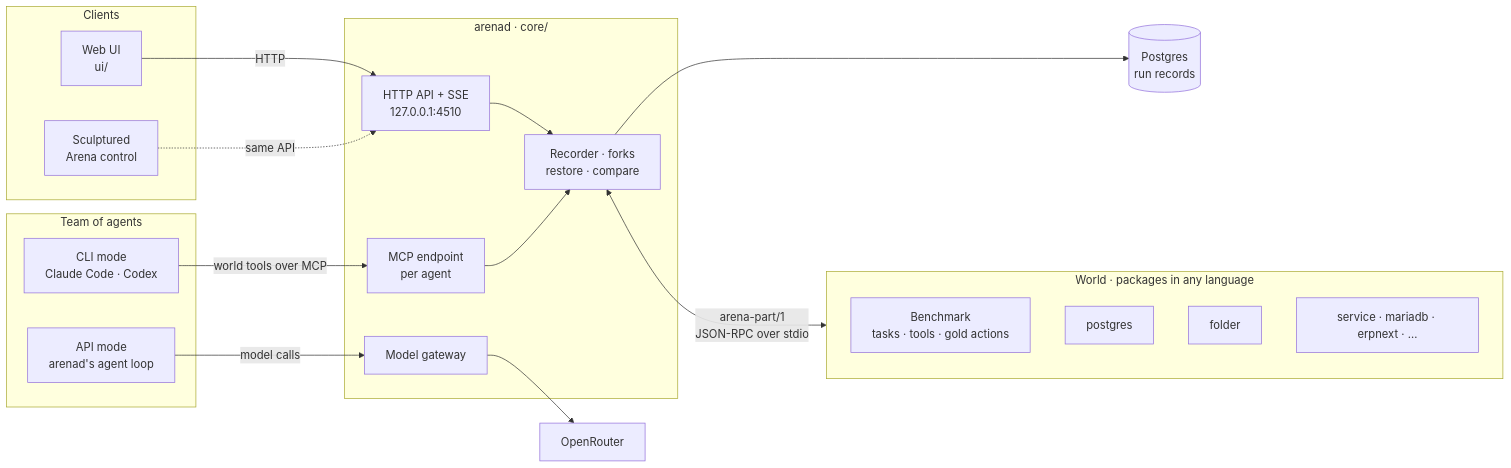
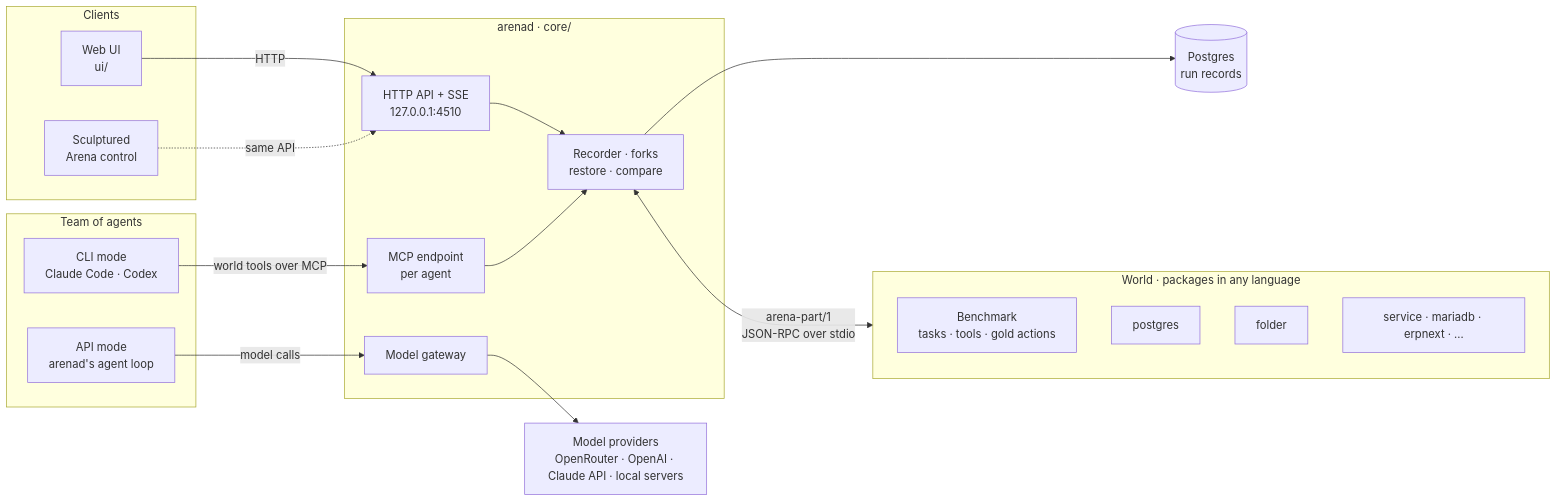
Before and after one commit to Sculptured/Arena: the diagram in README.md, drawn with Mermaid. The commit also changed other lines of this file and 22 other files, not shown here.

````diff
--- a/README.md
+++ b/README.md
@@ -77,39 +80,39 @@
 ```mermaid
 flowchart LR
   subgraph clients["Clients"]
     UI["Web UI<br/>ui/"]
     SC["Sculptured<br/>Arena control"]
   end
 
   subgraph team["Team of agents"]
     CLI["CLI mode<br/>Claude Code · Codex"]
     OPEN["API mode<br/>arenad's agent loop"]
   end
 
   subgraph engine["arenad · core/"]
     API["HTTP API + SSE<br/>127.0.0.1:4510"]
     MCP["MCP endpoint<br/>per agent"]
     GW["Model gateway"]
     ENG["Recorder · forks<br/>restore · compare"]
   end
 
   subgraph world["World · packages in any language"]
     BM["Benchmark<br/>tasks · tools · gold actions"]
     P1["postgres"]
     P2["folder"]
     P3["service · mariadb · erpnext · …"]
   end
 
   PG[("Postgres<br/>run records")]
-  OR["OpenRouter"]
+  OR["Model providers<br/>OpenRouter · OpenAI · Claude API · local servers"]
 
   UI -->|HTTP| API
   SC -.->|same API| API
   CLI -->|world tools over MCP| MCP
   OPEN -->|model calls| GW
   GW --> OR
   API --> ENG
   MCP --> ENG
   ENG --> PG
   ENG <-->|"arena-part/1<br/>JSON-RPC over stdio"| world
 ```
````
